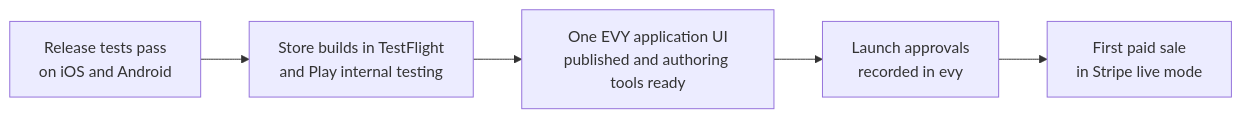
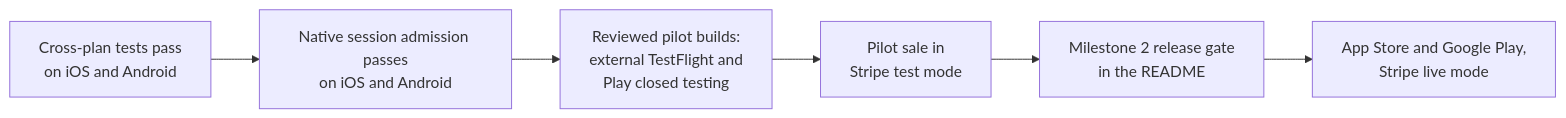
Before and after one commit to EVY-Platform/evy-freenet-plans: the first of 2 diagrams in 2-evy-on-freenet/10-testing-and-release.md, drawn with Mermaid. The commit also changed other lines of this file and 34 other files, not shown here.

````diff
--- a/2-evy-on-freenet/10-testing-and-release.md
+++ b/2-evy-on-freenet/10-testing-and-release.md
@@ -19,7 +17,8 @@
 ```mermaid
 flowchart LR
-    T[Release tests pass<br>on iOS and Android] --> R[Store builds in TestFlight<br>and Play internal testing]
-    R --> U[One EVY application UI<br>published and authoring tools ready]
-    U --> L[Launch approvals<br>recorded in evy]
-    L --> S[First paid sale<br>in Stripe live mode]
+    T[Cross-plan tests pass<br>on iOS and Android] --> A[Native session admission passes<br>on iOS and Android]
+    A --> R[Reviewed pilot builds:<br>external TestFlight and<br>Play closed testing]
+    R --> P[Pilot sale in<br>Stripe test mode]
+    P --> G[Milestone 2 release gate<br>in the README]
+    G --> L[App Store and Google Play,<br>Stripe live mode]
 ```
````
